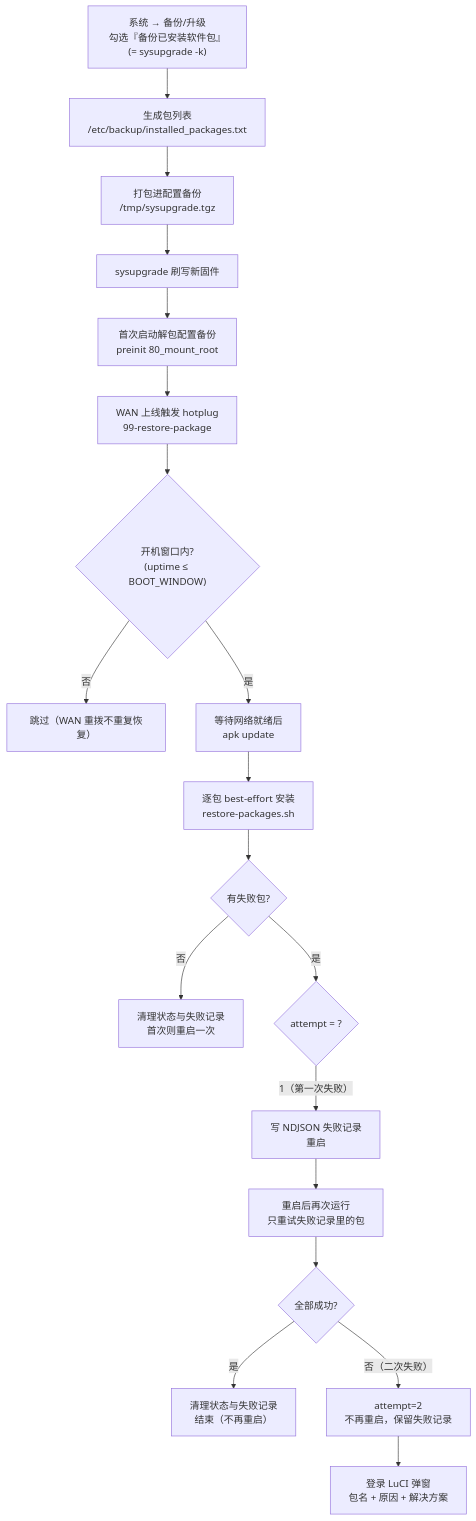
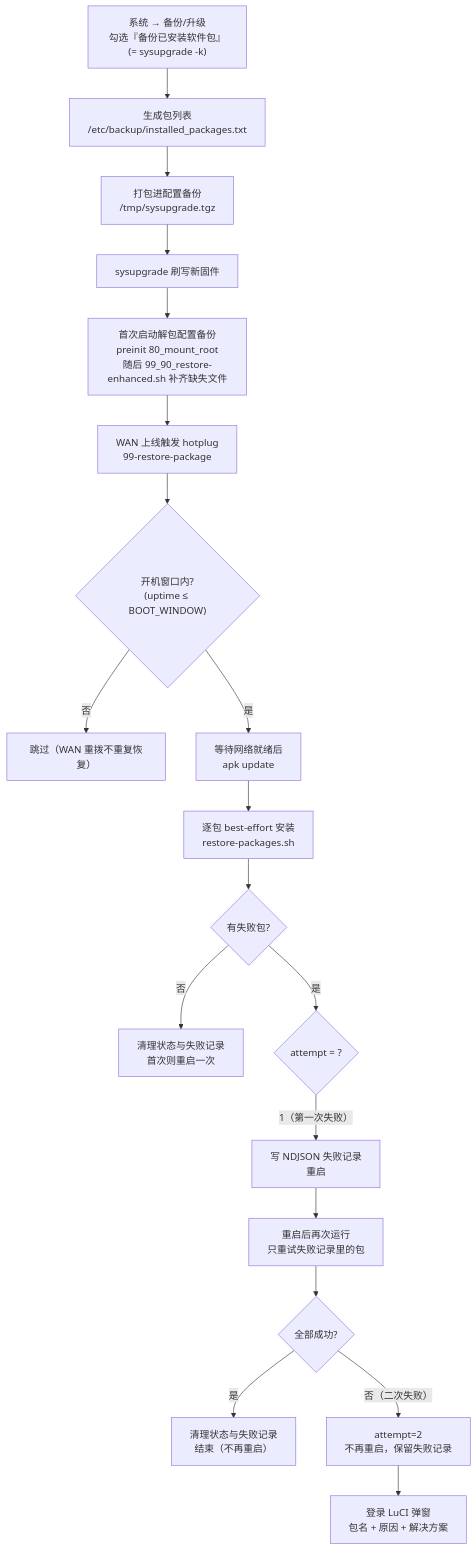
Before and after one commit to Shuery-Shuai/ImmortalWrt-BPI-R4-Firmware: the second of 3 diagrams in README.md, drawn with Mermaid. The commit also changed other lines of this file and 4 other files, not shown here.

````diff
--- a/README.md
+++ b/README.md
@@ -400,21 +402,21 @@
 ```mermaid
 flowchart TD
     A["系统 → 备份/升级<br/>勾选『备份已安装软件包』(= sysupgrade -k)"] --> B["生成包列表<br/>/etc/backup/installed_packages.txt"]
     B --> C["打包进配置备份<br/>/tmp/sysupgrade.tgz"]
     C --> D[sysupgrade 刷写新固件]
-    D --> E["首次启动解包配置备份<br/>preinit 80_mount_root"]
+    D --> E["首次启动解包配置备份<br/>preinit 80_mount_root<br/>随后 99_90_restore-enhanced.sh 补齐缺失文件"]
     E --> F["WAN 上线触发 hotplug<br/>99-restore-package"]
     F --> G{"开机窗口内?<br/>(uptime ≤ BOOT_WINDOW)"}
     G -->|否| X["跳过（WAN 重拨不重复恢复）"]
     G -->|是| H["等待网络就绪后<br/>apk update"]
     H --> I["逐包 best-effort 安装<br/>restore-packages.sh"]
     I --> J{"有失败包?"}
     J -->|否| K["清理状态与失败记录<br/>首次则重启一次"]
     J -->|是| L{"attempt = ?"}
     L -->|1（第一次失败）| M["写 NDJSON 失败记录<br/>重启"]
     M --> N["重启后再次运行<br/>只重试失败记录里的包"]
     N --> O{"全部成功?"}
     O -->|是| P["清理状态与失败记录<br/>结束（不再重启）"]
     O -->|否（二次失败）| Q["attempt=2<br/>不再重启，保留失败记录"]
     Q --> R["登录 LuCI 弹窗<br/>包名 + 原因 + 解决方案"]
 ```
````
